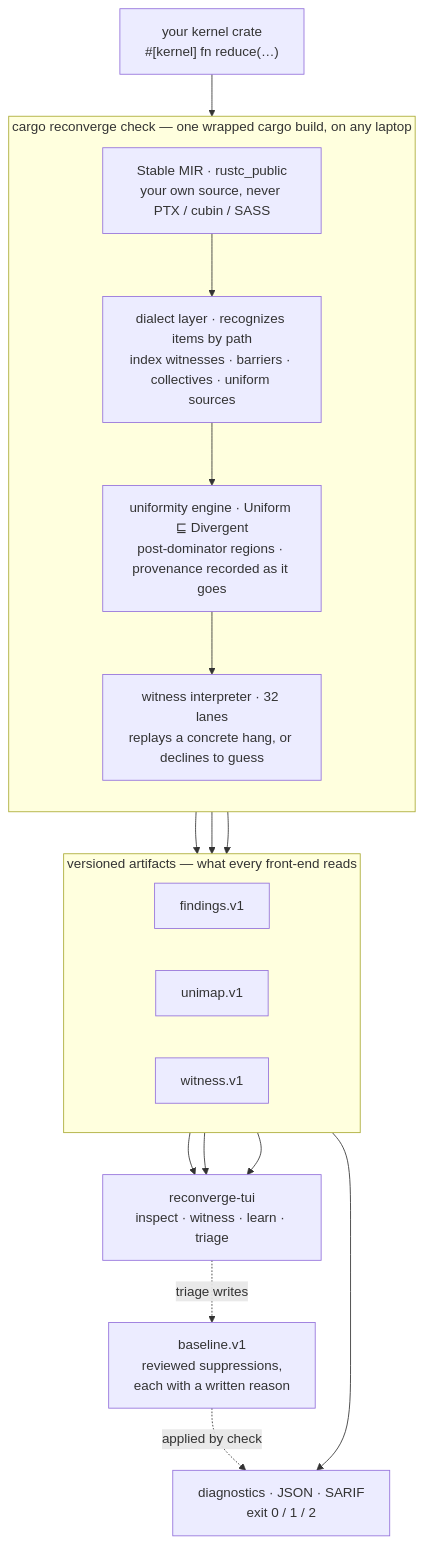
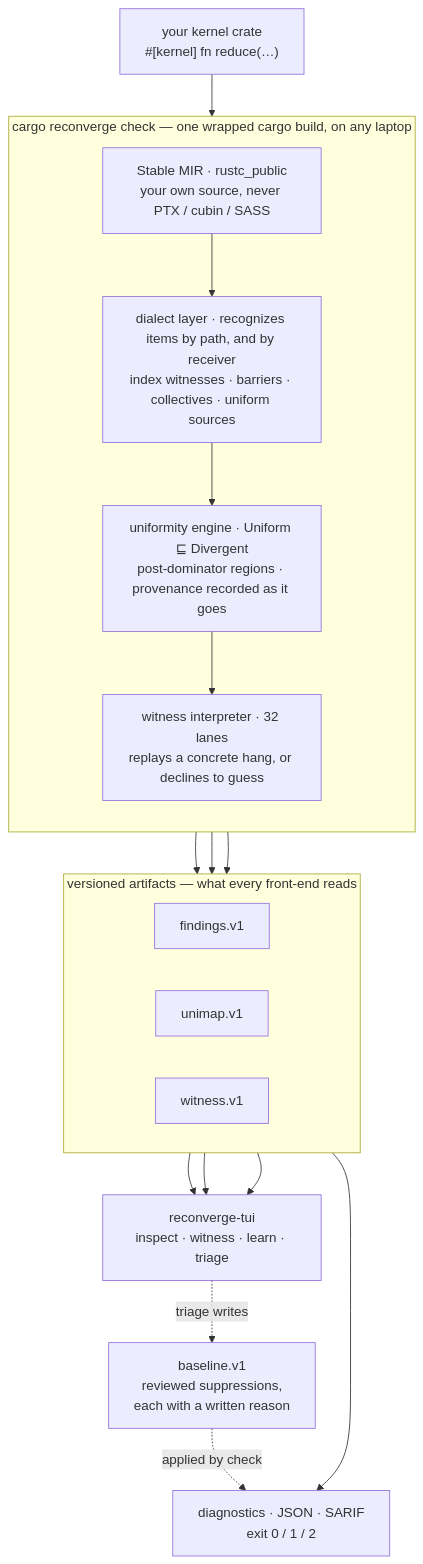
The first of 2 diagrams in README.md (vyncint/reconverge), drawn with Mermaid before and after one commit. The commit also changed other lines of this file and 8 other files, not shown here.

````diff
--- a/README.md
+++ b/README.md
@@ -103,35 +106,35 @@
 ```mermaid
 flowchart TB
   src["your kernel crate<br/>#[kernel] fn reduce(…)"]
 
   subgraph check["cargo reconverge check — one wrapped cargo build, on any laptop"]
     direction TB
     mir["Stable MIR · rustc_public<br/>your own source, never PTX / cubin / SASS"]
-    dialect["dialect layer · recognizes items by path<br/>index witnesses · barriers · collectives · uniform sources"]
+    dialect["dialect layer · recognizes items by path, and by receiver<br/>index witnesses · barriers · collectives · uniform sources"]
     core["uniformity engine · Uniform ⊑ Divergent<br/>post-dominator regions · provenance recorded as it goes"]
     wit["witness interpreter · 32 lanes<br/>replays a concrete hang, or declines to guess"]
     mir --> dialect --> core --> wit
   end
 
   subgraph art["versioned artifacts — what every front-end reads"]
     direction LR
     f["findings.v1"]
     u["unimap.v1"]
     w["witness.v1"]
   end
 
   base["baseline.v1<br/>reviewed suppressions,<br/>each with a written reason"]
   text["diagnostics · JSON · SARIF<br/>exit 0 / 1 / 2"]
   views["reconverge-tui<br/>inspect · witness · learn · triage"]
 
   src --> mir
   core --> f
   core --> u
   wit --> w
   f --> text
   f --> views
   u --> views
   w --> views
   base -. applied by check .-> text
   views -. triage writes .-> base
 ```
````
